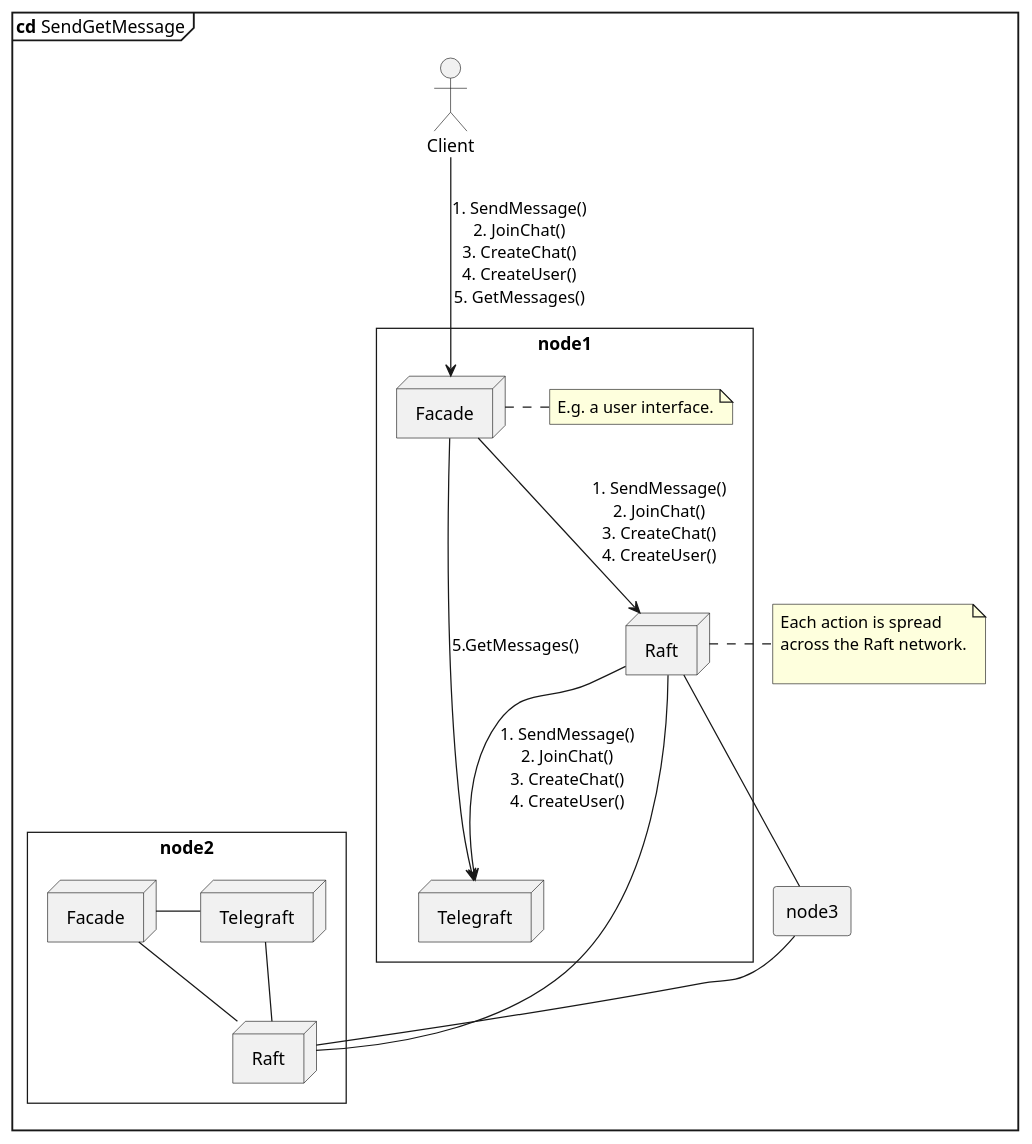
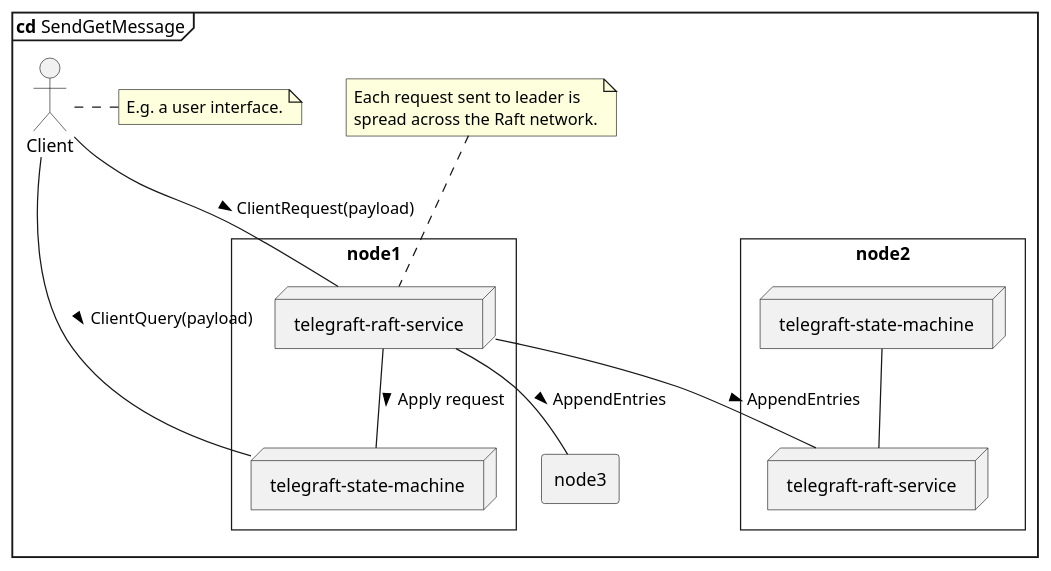
One commit to strang3nt/Telegraft changed the diagram in docs/diagrams/src/cd_telegraftSystem.plantuml. Above: the diagram before and after it, drawn with PlantUML. The commit also changed 7 other files, not shown here.

Commit message:
Updated diagrams

```diff
--- a/docs/diagrams/src/cd_telegraftSystem.plantuml
+++ b/docs/diagrams/src/cd_telegraftSystem.plantuml
@@ -1,48 +1,39 @@
 @startuml SendGetMessage
 
 mainframe **cd** SendGetMessage
 
 skinparam style strictuml
 skinparam sequenceMessageAlign direction
 
 actor Client
+  note right of Client {
+    E.g. a user interface.
+  }
 
 rectangle node1 {
-  node Facade
-  note right of Facade {
-    E.g. a user interface.
-  }
-  node Raft
-  node Telegraft
+
+  node "telegraft-raft-service" as Raft
+  node "telegraft-state-machine" as Telegraft
 }
 
 rectangle node2 {
-  node Facade as f
-  node Telegraft as t
-  node Raft as r
+  node "telegraft-raft-service" as r
+  node "telegraft-state-machine" as t
 }
 
+t -- r
+
+Client -- Raft: ClientRequest(payload) >
+
+note "Each request sent to leader is \nspread across the Raft network." as n1
+n1 .. Raft
+
+Client -- Telegraft: ClientQuery(payload) >
+
+Raft -- Telegraft: Apply request >
+Raft -- r: AppendEntries >
+
 rectangle node3
-
-f - t
-t -- r
-r - f
-
-Client --> Facade: 1. SendMessage()\n2. JoinChat()\n3. CreateChat()\n4. CreateUser()\n5. GetMessages()
-
-
-Facade --> Raft: 1. SendMessage()\n2. JoinChat()\n3. CreateChat()\n4. CreateUser()
-note right of Raft
-  Each action is spread
-  across the Raft network.
-
-end note
-Facade --> Telegraft: 5.GetMessages()
-
-Raft --> Telegraft: 1. SendMessage()\n2. JoinChat()\n3. CreateChat()\n4. CreateUser()
-Raft -- r
-
-Raft -- node3
-node3 -- r
+Raft -- node3: AppendEntries >
 
 @enduml
```
